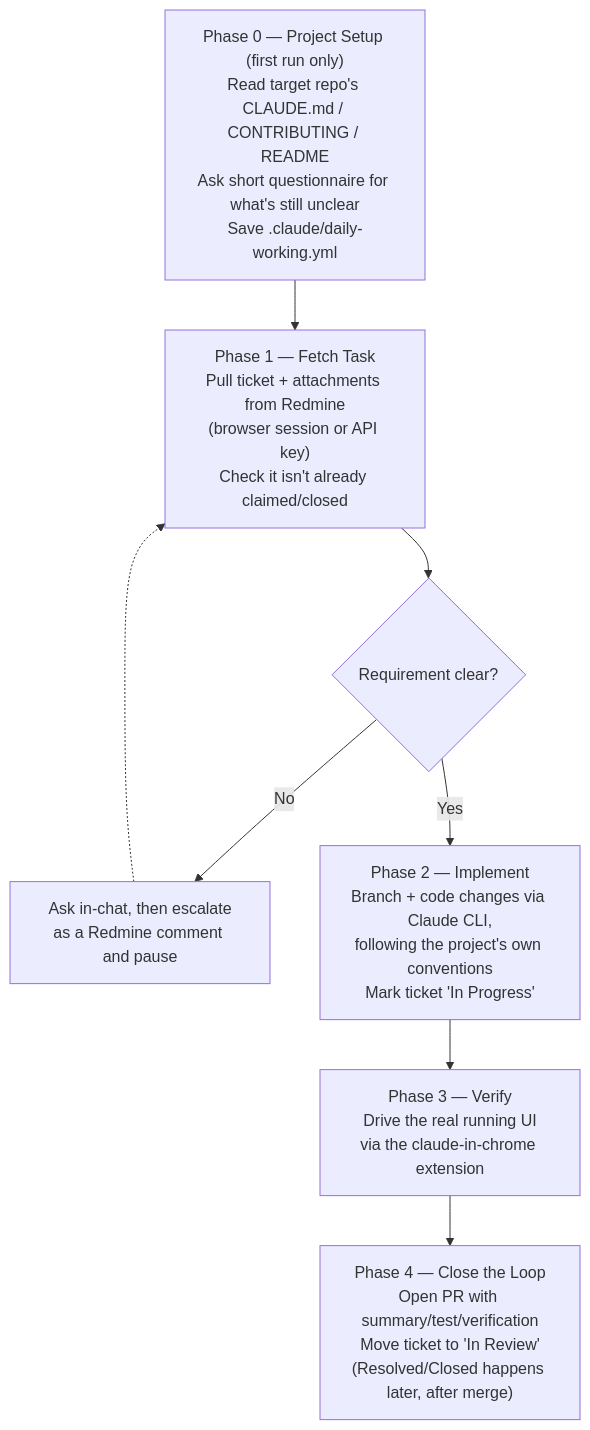
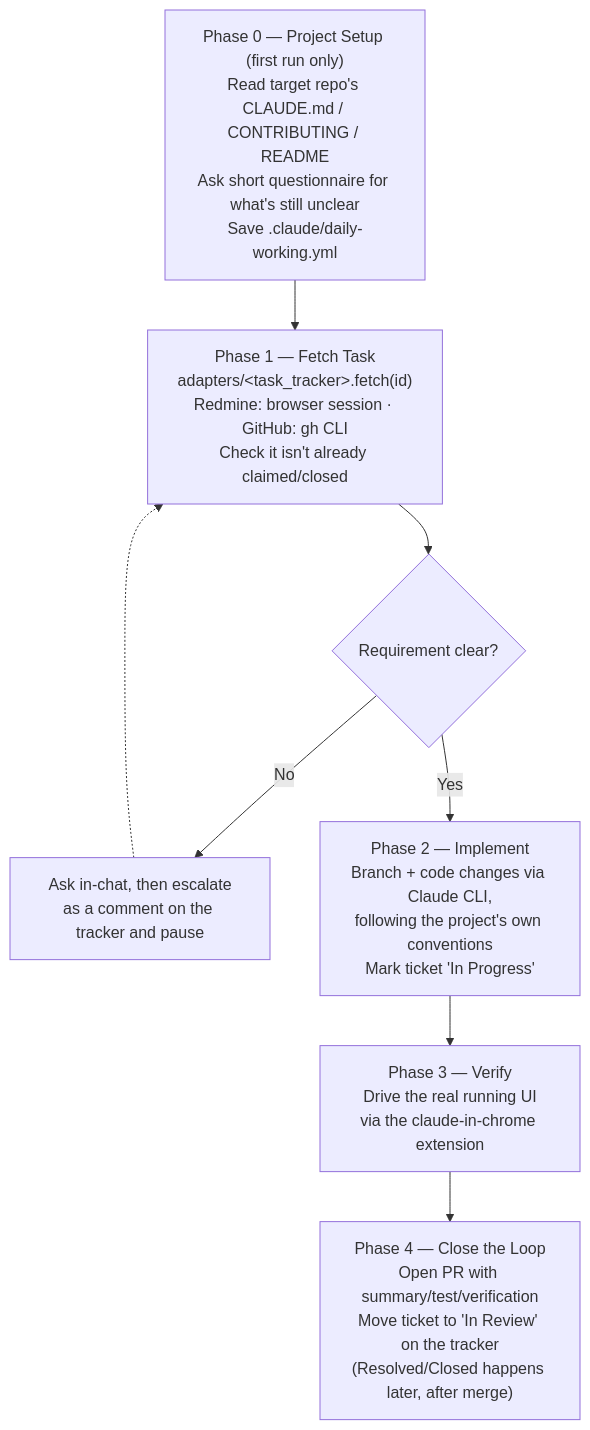
The diagram in README.md (tms-tungnguyen3/daily_working), drawn with Mermaid before and after one commit. The commit also changed other lines of this file and 24 other files, not shown here.

First line of the commit message:
feat: modularize daily-working skill to v2.0.0 with tracker adapters

````diff
--- a/README.md
+++ b/README.md
@@ -24,16 +46,16 @@
 ```mermaid
 flowchart TD
     P0["Phase 0 — Project Setup (first run only)<br/>Read target repo's CLAUDE.md / CONTRIBUTING / README<br/>Ask short questionnaire for what's still unclear<br/>Save .claude/daily-working.yml"] --> P1
 
-    P1["Phase 1 — Fetch Task<br/>Pull ticket + attachments from Redmine<br/>(browser session or API key)<br/>Check it isn't already claimed/closed"] --> AMBIG{Requirement clear?}
+    P1["Phase 1 — Fetch Task<br/>adapters/&lt;task_tracker&gt;.fetch(id)<br/>Redmine: browser session · GitHub: gh CLI<br/>Check it isn't already claimed/closed"] --> AMBIG{Requirement clear?}
 
-    AMBIG -- "No" --> ESC["Ask in-chat, then escalate<br/>as a Redmine comment and pause"]
+    AMBIG -- "No" --> ESC["Ask in-chat, then escalate<br/>as a comment on the tracker and pause"]
     ESC -.-> P1
     AMBIG -- "Yes" --> P2
 
     P2["Phase 2 — Implement<br/>Branch + code changes via Claude CLI,<br/>following the project's own conventions<br/>Mark ticket 'In Progress'"] --> P3
 
     P3["Phase 3 — Verify<br/>Drive the real running UI<br/>via the claude-in-chrome extension"] --> P4
 
-    P4["Phase 4 — Close the Loop<br/>Open PR with summary/test/verification<br/>Move ticket to 'In Review'<br/>(Resolved/Closed happens later, after merge)"]
+    P4["Phase 4 — Close the Loop<br/>Open PR with summary/test/verification<br/>Move ticket to 'In Review' on the tracker<br/>(Resolved/Closed happens later, after merge)"]
 ```
````
